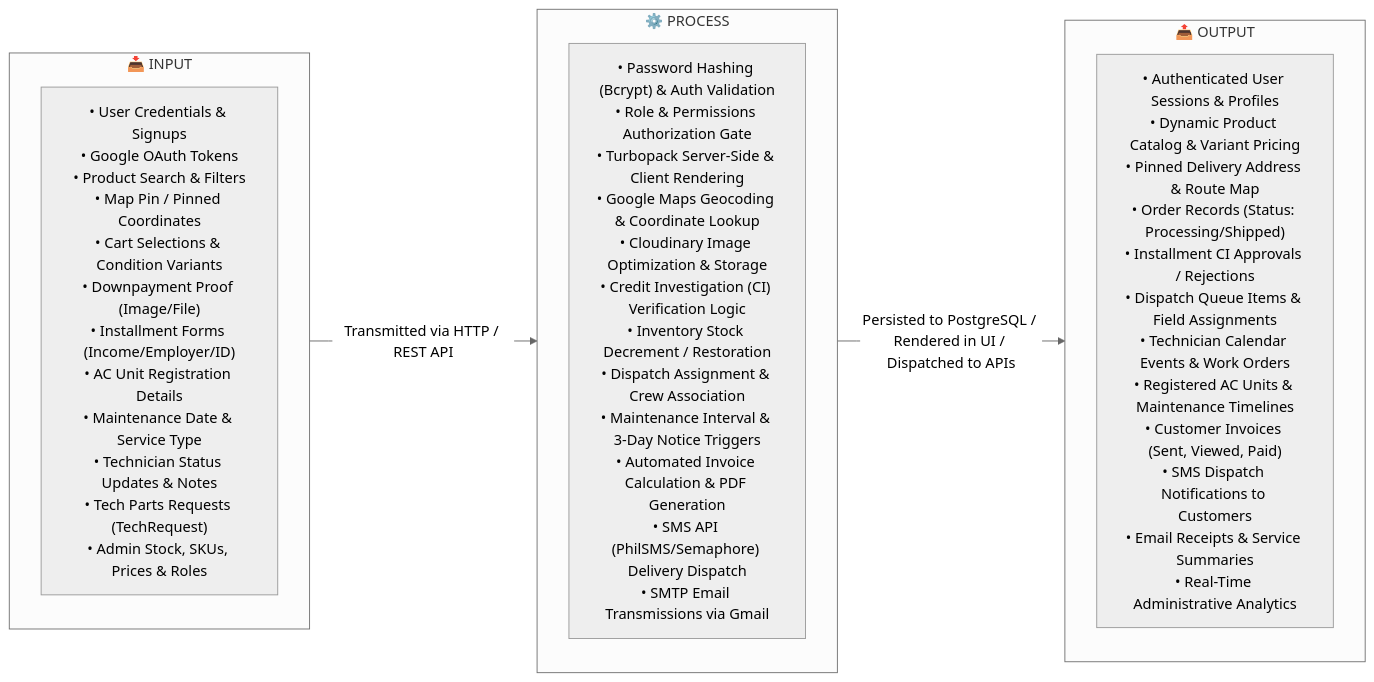
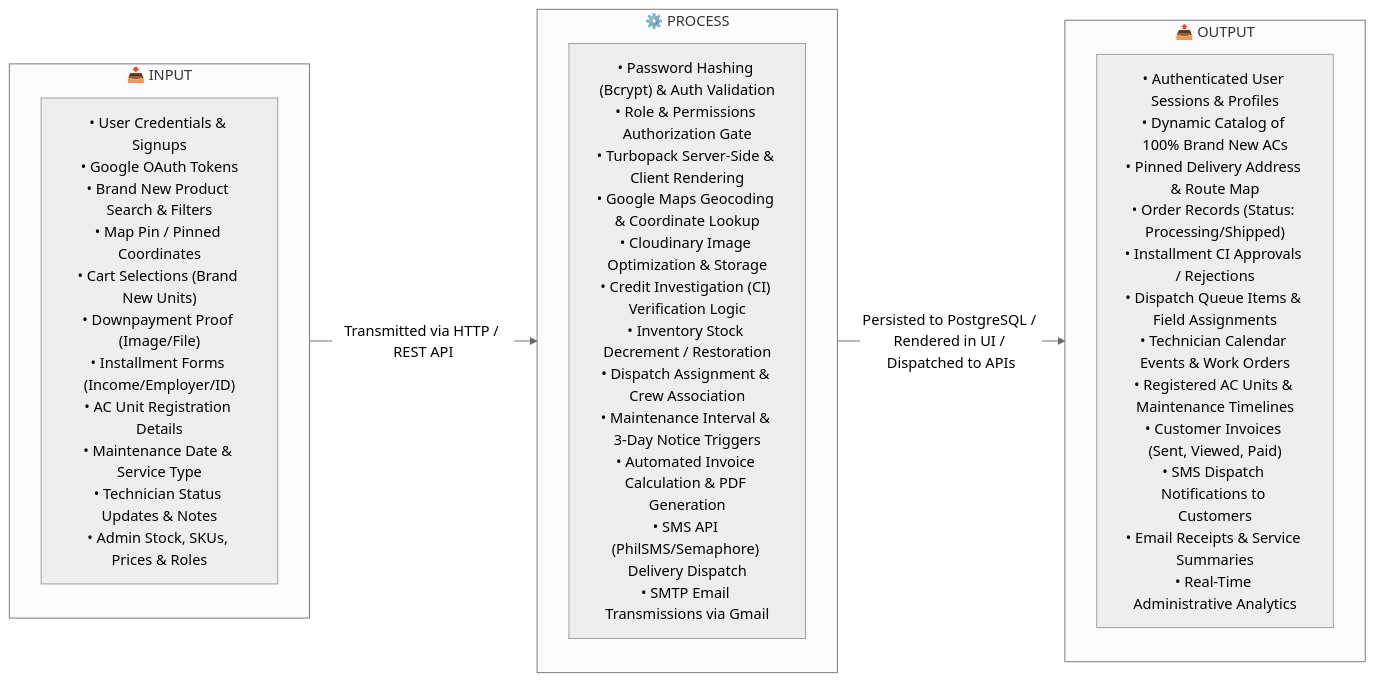
Before and after one commit to Cerberus770/FrostTech: the eighth of 8 diagrams in DIAGRAMS.md, drawn with Mermaid (neutral theme). The commit also changed other lines of this file and 1 other file, not shown here.

Commit message:
docs: remove TechRequest and align all inventory descriptions to 100% Brand New units

````diff
--- a/DIAGRAMS.md
+++ b/DIAGRAMS.md
@@ -524,20 +499,20 @@
 ```mermaid
 flowchart LR
     subgraph INPUT["📥 INPUT"]
         direction TB
-        I1["• User Credentials & Signups\n• Google OAuth Tokens\n• Product Search & Filters\n• Map Pin / Pinned Coordinates\n• Cart Selections & Condition Variants\n• Downpayment Proof (Image/File)\n• Installment Forms (Income/Employer/ID)\n• AC Unit Registration Details\n• Maintenance Date & Service Type\n• Technician Status Updates & Notes\n• Tech Parts Requests (TechRequest)\n• Admin Stock, SKUs, Prices & Roles"]
+        I1["• User Credentials & Signups\n• Google OAuth Tokens\n• Brand New Product Search & Filters\n• Map Pin / Pinned Coordinates\n• Cart Selections (Brand New Units)\n• Downpayment Proof (Image/File)\n• Installment Forms (Income/Employer/ID)\n• AC Unit Registration Details\n• Maintenance Date & Service Type\n• Technician Status Updates & Notes\n• Admin Stock, SKUs, Prices & Roles"]
     end
 
     subgraph PROCESS["⚙️ PROCESS"]
         direction TB
         P1["• Password Hashing (Bcrypt) & Auth Validation\n• Role & Permissions Authorization Gate\n• Turbopack Server-Side & Client Rendering\n• Google Maps Geocoding & Coordinate Lookup\n• Cloudinary Image Optimization & Storage\n• Credit Investigation (CI) Verification Logic\n• Inventory Stock Decrement / Restoration\n• Dispatch Assignment & Crew Association\n• Maintenance Interval & 3-Day Notice Triggers\n• Automated Invoice Calculation & PDF Generation\n• SMS API (PhilSMS/Semaphore) Delivery Dispatch\n• SMTP Email Transmissions via Gmail"]
     end
 
     subgraph OUTPUT["📤 OUTPUT"]
         direction TB
-        O1["• Authenticated User Sessions & Profiles\n• Dynamic Product Catalog & Variant Pricing\n• Pinned Delivery Address & Route Map\n• Order Records (Status: Processing/Shipped)\n• Installment CI Approvals / Rejections\n• Dispatch Queue Items & Field Assignments\n• Technician Calendar Events & Work Orders\n• Registered AC Units & Maintenance Timelines\n• Customer Invoices (Sent, Viewed, Paid)\n• SMS Dispatch Notifications to Customers\n• Email Receipts & Service Summaries\n• Real-Time Administrative Analytics"]
+        O1["• Authenticated User Sessions & Profiles\n• Dynamic Catalog of 100% Brand New ACs\n• Pinned Delivery Address & Route Map\n• Order Records (Status: Processing/Shipped)\n• Installment CI Approvals / Rejections\n• Dispatch Queue Items & Field Assignments\n• Technician Calendar Events & Work Orders\n• Registered AC Units & Maintenance Timelines\n• Customer Invoices (Sent, Viewed, Paid)\n• SMS Dispatch Notifications to Customers\n• Email Receipts & Service Summaries\n• Real-Time Administrative Analytics"]
     end
 
     INPUT -->|"Transmitted via HTTP / REST API"| PROCESS
     PROCESS -->|"Persisted to PostgreSQL / Rendered in UI / Dispatched to APIs"| OUTPUT
 ```
````
